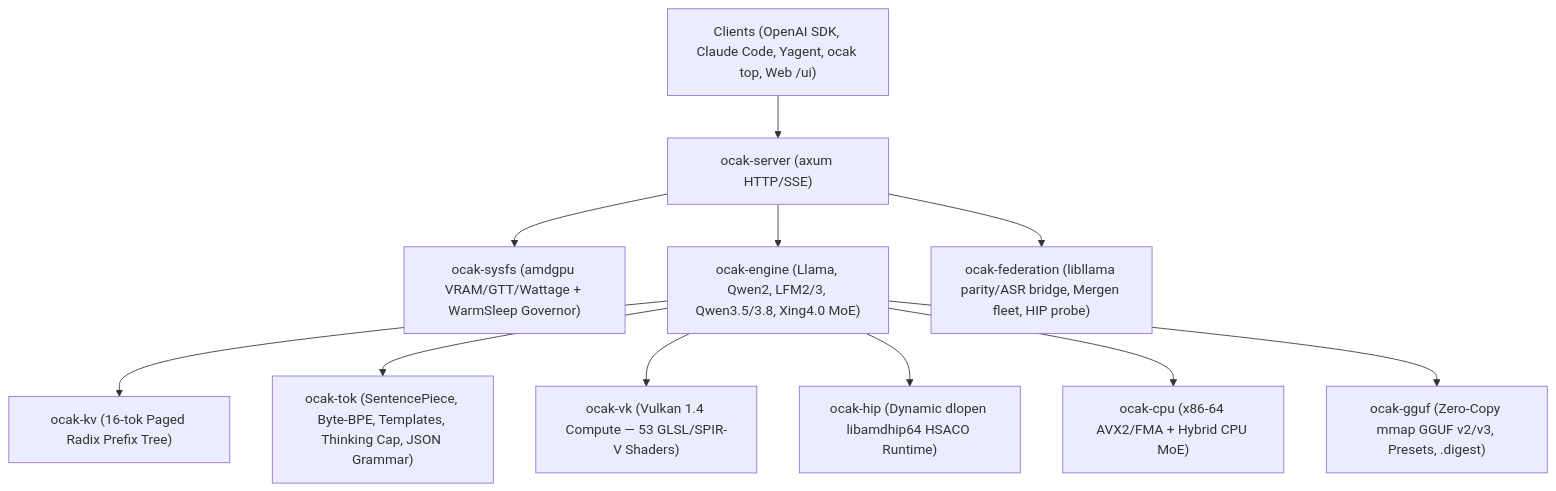
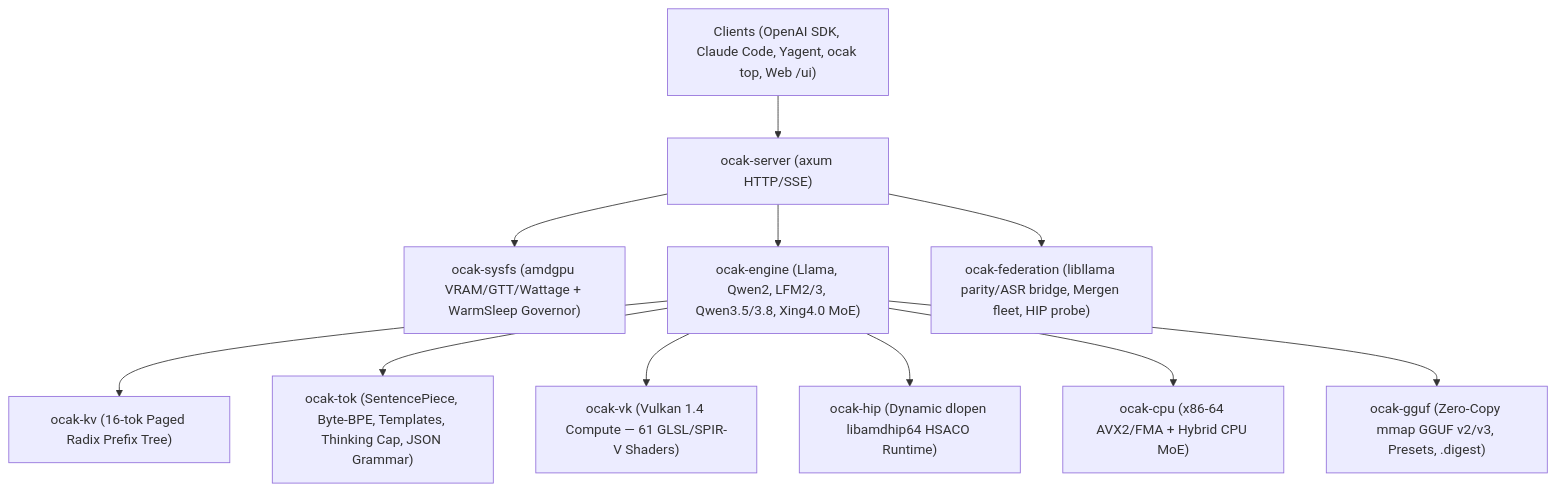
The diagram in README.md (Mechres/ocak), drawn with Mermaid before and after one commit. The commit also changed other lines of this file and 19 other files, not shown here.

````diff
--- a/README.md
+++ b/README.md
@@ -34,13 +34,13 @@
 ```mermaid
 flowchart TD
     Clients["Clients (OpenAI SDK, Claude Code, Yagent, ocak top, Web /ui)"] --> Server["ocak-server (axum HTTP/SSE)"]
     Server --> Gov["ocak-sysfs (amdgpu VRAM/GTT/Wattage + WarmSleep Governor)"]
     Server --> Engine["ocak-engine (Llama, Qwen2, LFM2/3, Qwen3.5/3.8, Xing4.0 MoE)"]
     Server --> Fed["ocak-federation (libllama parity/ASR bridge, Mergen fleet, HIP probe)"]
     Engine --> KV["ocak-kv (16-tok Paged Radix Prefix Tree)"]
     Engine --> Tok["ocak-tok (SentencePiece, Byte-BPE, Templates, Thinking Cap, JSON Grammar)"]
-    Engine --> VK["ocak-vk (Vulkan 1.4 Compute — 53 GLSL/SPIR-V Shaders)"]
+    Engine --> VK["ocak-vk (Vulkan 1.4 Compute — 61 GLSL/SPIR-V Shaders)"]
     Engine --> HIP["ocak-hip (Dynamic dlopen libamdhip64 HSACO Runtime)"]
     Engine --> CPU["ocak-cpu (x86-64 AVX2/FMA + Hybrid CPU MoE)"]
     Engine --> GGUF["ocak-gguf (Zero-Copy mmap GGUF v2/v3, Presets, .digest)"]
 ```
````
